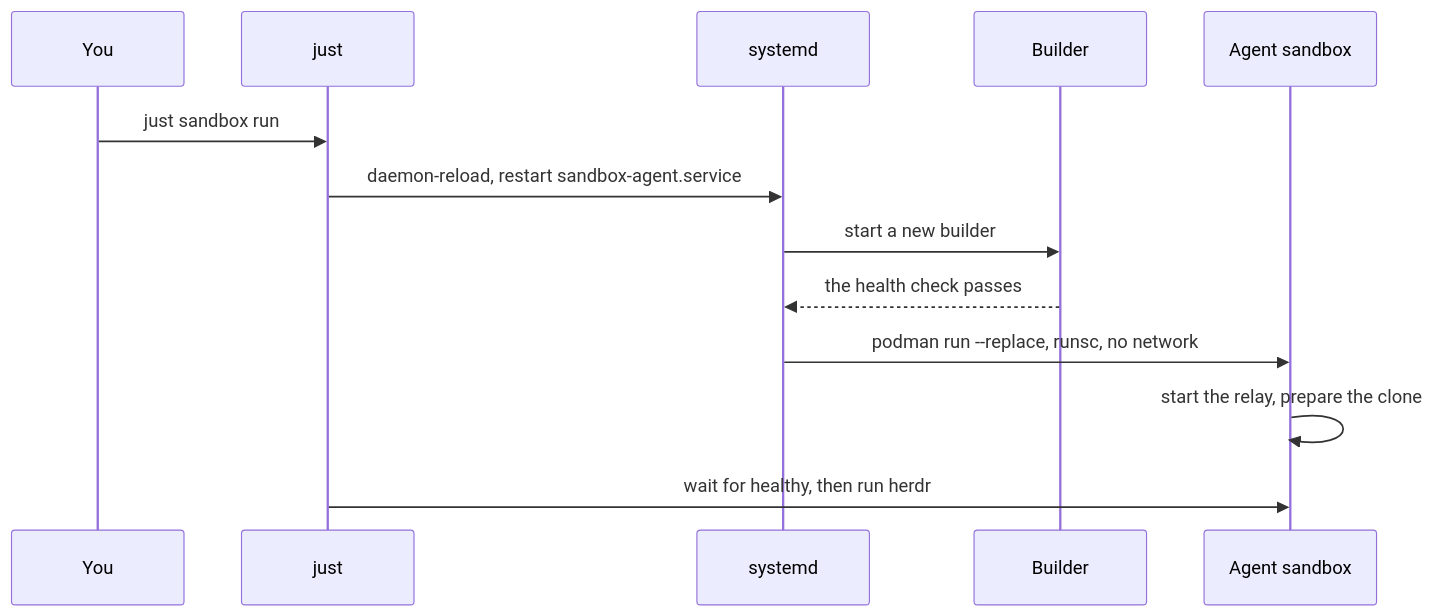
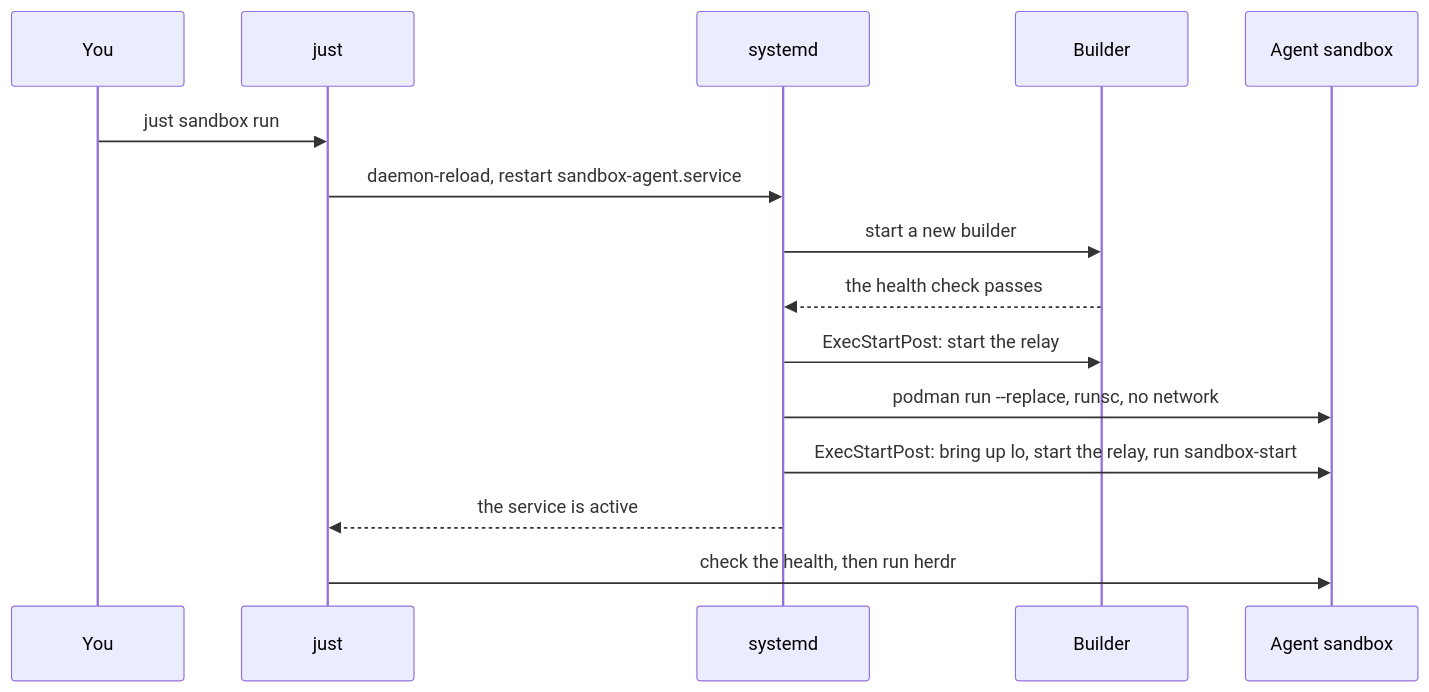
Before and after one commit to raghav19/engineersdaybook: the fifth of 9 diagrams in .sandbox/docs/internals.md, drawn with Mermaid. The commit also changed other lines of this file and 8 other files, not shown here.

First line of the commit message:
sandbox: start the relay and the start script from the service

````diff
--- a/.sandbox/docs/internals.md
+++ b/.sandbox/docs/internals.md
@@ -127,15 +127,17 @@
 ```mermaid
 sequenceDiagram
     participant You
     participant just
     participant systemd
     participant Builder
     participant Agent as Agent sandbox
     You->>just: just sandbox run
     just->>systemd: daemon-reload, restart sandbox-agent.service
     systemd->>Builder: start a new builder
     Builder-->>systemd: the health check passes
+    systemd->>Builder: ExecStartPost: start the relay
     systemd->>Agent: podman run --replace, runsc, no network
-    Agent->>Agent: start the relay, prepare the clone
-    just->>Agent: wait for healthy, then run herdr
+    systemd->>Agent: ExecStartPost: bring up lo, start the relay, run sandbox-start
+    systemd-->>just: the service is active
+    just->>Agent: check the health, then run herdr
 ```
````
